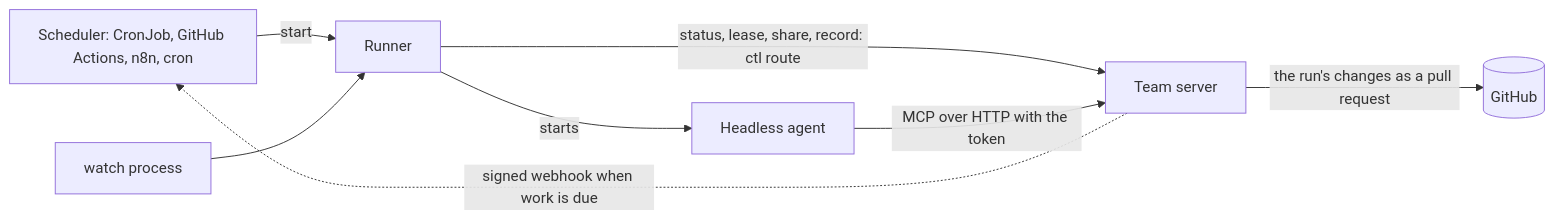
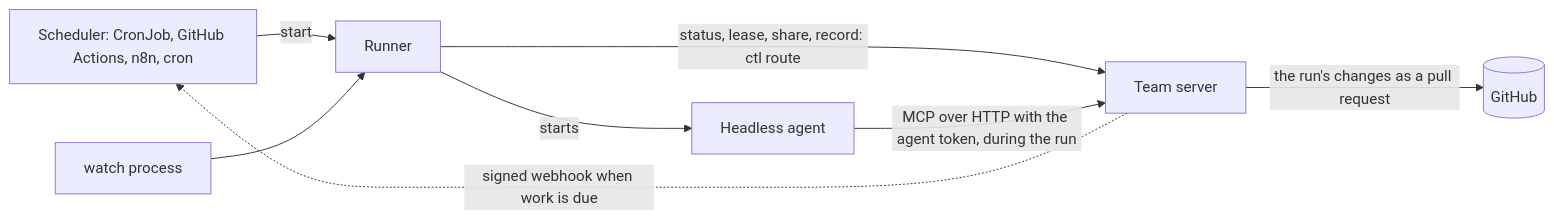
Before and after one commit to jordiboehme/crystalline: diagram 15 of 21 in docs/deployment.md, drawn with Mermaid. The commit also changed other lines of this file and 5 other files, not shown here.

````diff
--- a/docs/deployment.md
+++ b/docs/deployment.md
@@ -610,10 +621,10 @@
 ```mermaid
 flowchart LR
     S[Scheduler: CronJob, GitHub Actions, n8n, cron] -->|start| R[Runner]
     W[watch process] --> R
     R -->|status, lease, share, record: ctl route| D[Team server]
     D -.->|signed webhook when work is due| S
     R -->|starts| A[Headless agent]
-    A -->|MCP over HTTP with the token| D
+    A -->|MCP over HTTP with the agent token, during the run| D
     D -->|the run's changes as a pull request| G[(GitHub)]
 ```
````
